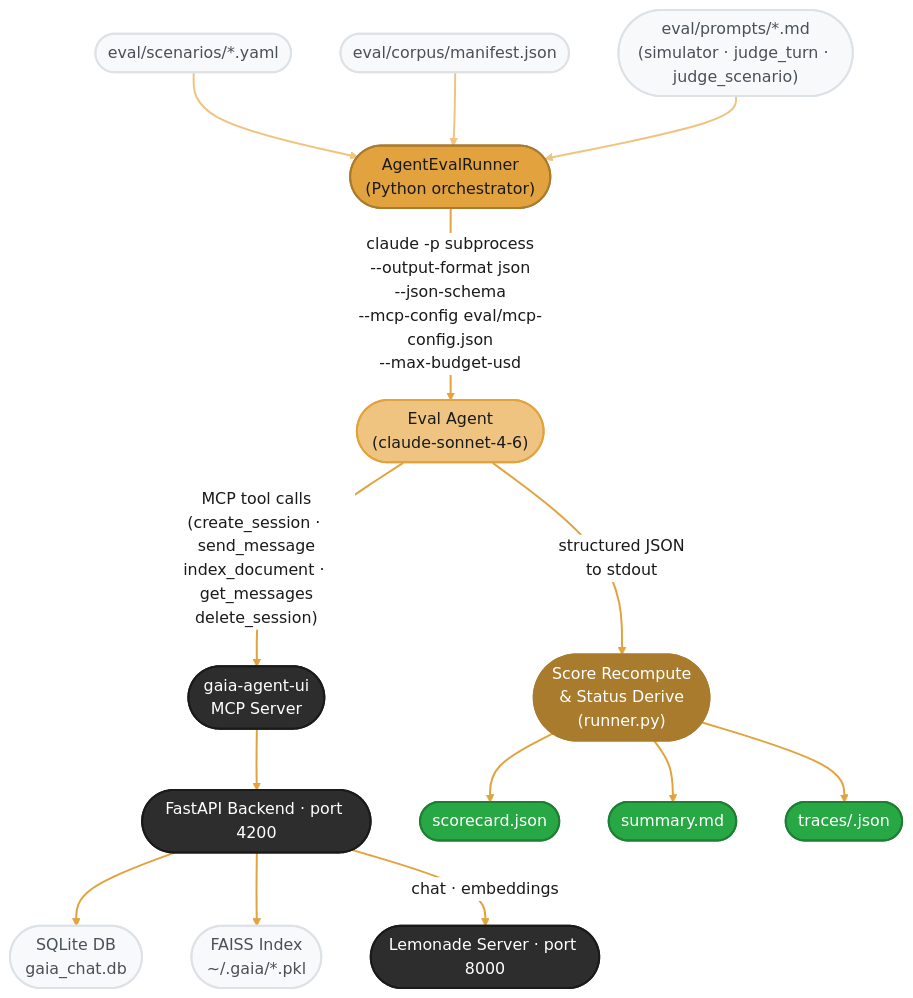
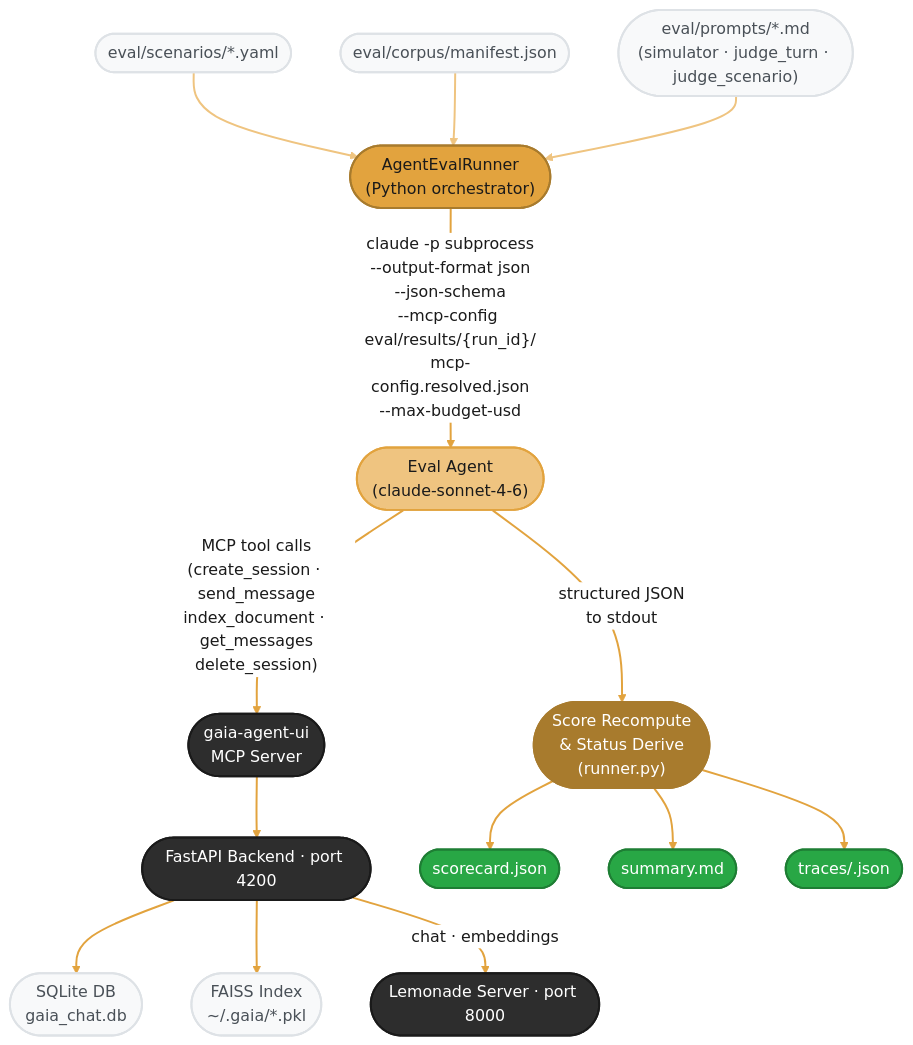
The first of 4 diagrams in docs/eval.mdx (amd/gaia), drawn with Mermaid before and after one commit. The commit also changed other lines of this file and 2 other files, not shown here.

Commit message:
fix(eval): write the resolved MCP config to an absolute run-dir path
Review follow-ups on the interpreter resolution. The resolved config now
always lands in the run's results dir as an absolute path, so `claude -p`
(which runs from the repo root) finds it even when the results dir was given
relative, and no temp file is left behind. Rewriting the configured
interpreter to the running Python is now logged, and the eval doc's diagram
and output-file table name the resolved copy.

Also drops the function-local `import re` in capture_session, which pylint
flagged as a reimport of the new module-level import (W0404).

````diff
--- a/docs/eval.mdx
+++ b/docs/eval.mdx
@@ -41,39 +41,39 @@
 ```mermaid
 %%{init: {'theme':'base', 'themeVariables': { 'primaryColor':'#E2A33E', 'primaryTextColor':'#1a1a1a', 'primaryBorderColor':'#A87B2D', 'lineColor':'#A87B2D', 'edgeLabelBackground':'#ffffff', 'fontFamily':'system-ui, -apple-system, sans-serif'}}}%%
 flowchart TD
     YAML(["eval/scenarios/*.yaml"]) --> RUNNER(["AgentEvalRunner\n(Python orchestrator)"])
     MANIFEST(["eval/corpus/manifest.json"]) --> RUNNER
     PROMPTS(["eval/prompts/*.md\n(simulator · judge_turn · judge_scenario)"]) --> RUNNER
 
-    RUNNER -->|"claude -p subprocess\n--output-format json\n--json-schema\n--mcp-config eval/mcp-config.json\n--max-budget-usd"| EVAL(["Eval Agent\n(claude-sonnet-4-6)"])
+    RUNNER -->|"claude -p subprocess\n--output-format json\n--json-schema\n--mcp-config eval/results/{run_id}/\nmcp-config.resolved.json\n--max-budget-usd"| EVAL(["Eval Agent\n(claude-sonnet-4-6)"])
 
     EVAL -->|"MCP tool calls\n(create_session · send_message\nindex_document · get_messages\ndelete_session)"| MCPS(["gaia-agent-ui\nMCP Server"])
 
     MCPS --> API(["FastAPI Backend · port 4200"])
     API --> DB(["SQLite DB\ngaia_chat.db"])
     API --> RAG(["FAISS Index\n~/.gaia/*.pkl"])
     API -->|"chat · embeddings"| LEM(["Lemonade Server · port 8000"])
 
     EVAL -->|"structured JSON\nto stdout"| SCORE(["Score Recompute\n& Status Derive\n(runner.py)"])
     SCORE --> SC(["scorecard.json"])
     SCORE --> SM(["summary.md"])
     SCORE --> TR(["traces/<id>.json"])
 
     style YAML fill:#f8f9fa,stroke:#dee2e6,stroke-width:2px,color:#495057
     style MANIFEST fill:#f8f9fa,stroke:#dee2e6,stroke-width:2px,color:#495057
     style PROMPTS fill:#f8f9fa,stroke:#dee2e6,stroke-width:2px,color:#495057
     style RUNNER fill:#E2A33E,stroke:#A87B2D,stroke-width:2px,color:#1a1a1a
     style EVAL fill:#EFC480,stroke:#E2A33E,stroke-width:2px,color:#1a1a1a
     style MCPS fill:#2d2d2d,stroke:#1a1a1a,stroke-width:2px,color:#fff
     style API fill:#2d2d2d,stroke:#1a1a1a,stroke-width:2px,color:#fff
     style DB fill:#f8f9fa,stroke:#dee2e6,stroke-width:2px,color:#495057
     style RAG fill:#f8f9fa,stroke:#dee2e6,stroke-width:2px,color:#495057
     style LEM fill:#2d2d2d,stroke:#1a1a1a,stroke-width:2px,color:#fff
     style SCORE fill:#A87B2D,stroke:#A87B2D,stroke-width:2px,color:#fff
     style SC fill:#28a745,stroke:#1e7e34,stroke-width:2px,color:#fff
     style SM fill:#28a745,stroke:#1e7e34,stroke-width:2px,color:#fff
     style TR fill:#28a745,stroke:#1e7e34,stroke-width:2px,color:#fff
 
     linkStyle 0,1,2 stroke:#EFC480,stroke-width:2px
     linkStyle 3,4,5,6,7,8,9,10,11,12 stroke:#E2A33E,stroke-width:2px
 ```
````
